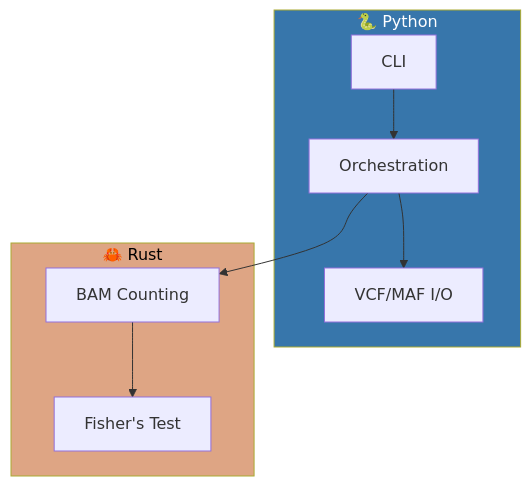
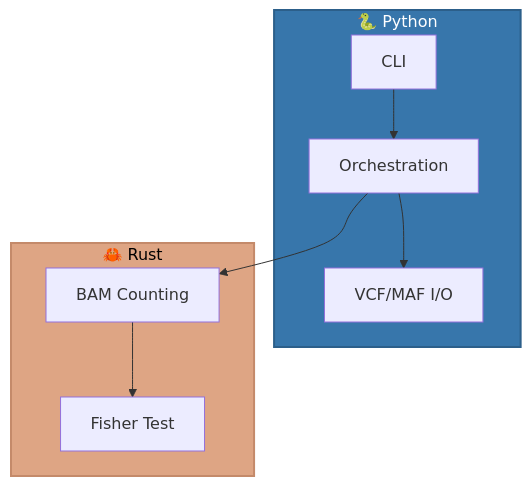
One commit to msk-access/py-gbcms changed the third of 3 diagrams in docs/index.md. Above: the diagram before and after it, drawn with Mermaid. The commit also changed other lines of this file and 2 other files, not shown here.

````diff
--- a/docs/index.md
+++ b/docs/index.md
@@ -83,18 +83,20 @@
 ```mermaid
 flowchart TB
-    subgraph Python["🐍 Python"]
+    subgraph Python [🐍 Python]
         CLI[CLI] --> Pipeline[Orchestration]
         Pipeline --> IO[VCF/MAF I/O]
     end
     
-    subgraph Rust["🦀 Rust"]
+    subgraph Rust [🦀 Rust]
         Counter[BAM Counting]
-        Stats[Fisher's Test]
+        Stats[Fisher Test]
     end
     
     Pipeline --> Counter
     Counter --> Stats
     
-    style Python fill:#3776ab,color:#fff
-    style Rust fill:#dea584,color:#000
+    classDef pythonStyle fill:#3776ab,color:#fff,stroke:#2c5f8a,stroke-width:2px;
+    classDef rustStyle fill:#dea584,color:#000,stroke:#c48a6a,stroke-width:2px;
+    class Python pythonStyle;
+    class Rust rustStyle;
 ```
````
